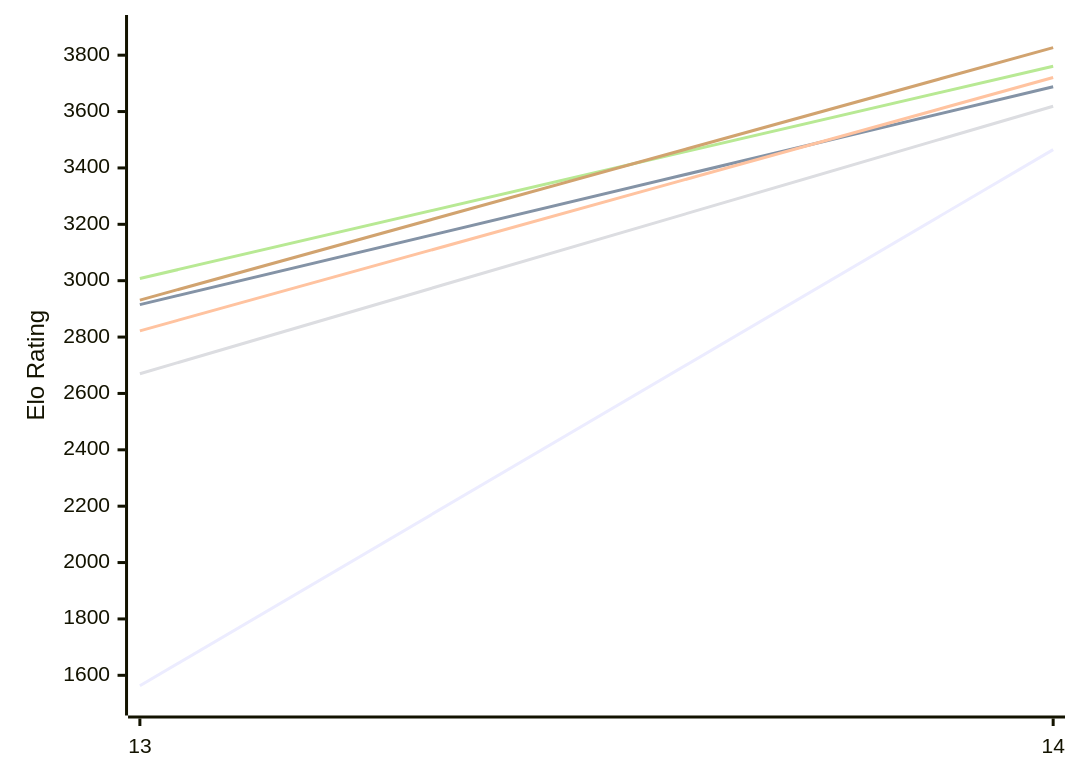
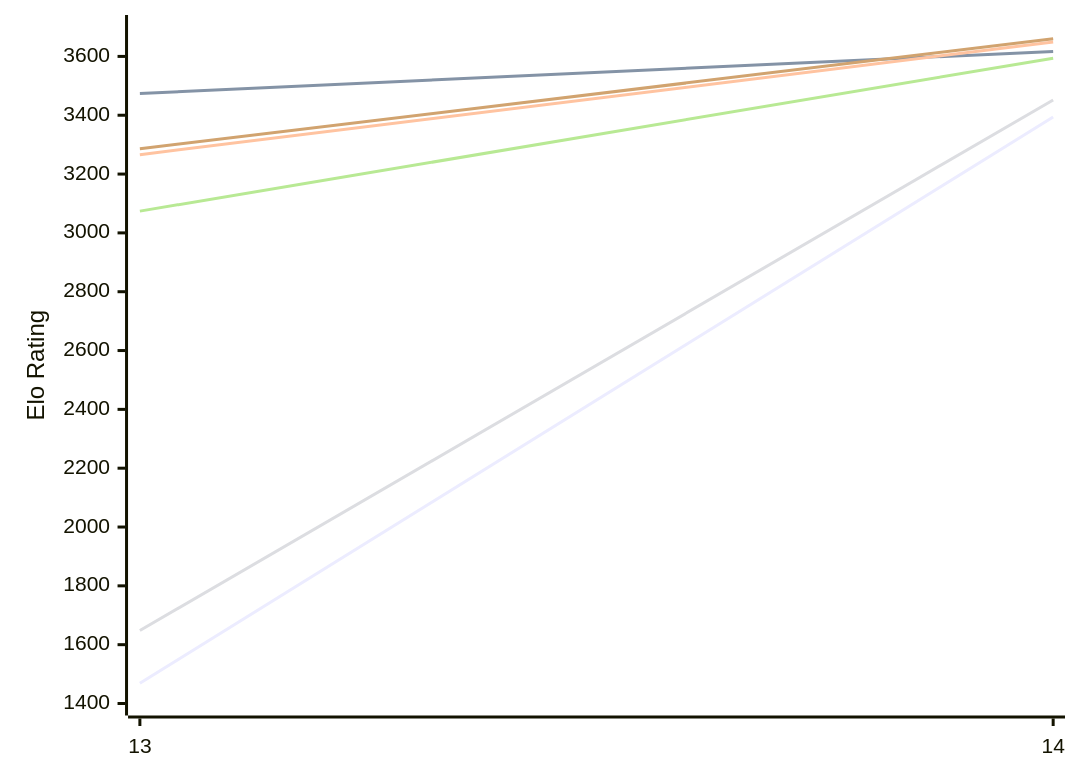
The first of 2 diagrams in engines/Berserk.md (computer-chess-index/cci), drawn with Mermaid before and after one commit. The commit also changed other lines of this file, not shown here.

Commit message:
Update CCI Ratings (ELO VLTC) - 2026-11-13

````diff
--- a/engines/Berserk.md
+++ b/engines/Berserk.md
@@ -50,12 +50,12 @@
 ```mermaid
 %%{init: {"theme":"base","themeVariables":{"seriesColors:['#a3a3a3','#222221','#faa371']}}}%%
 xychart-beta
   x-axis ["13", "14"]
-  y-axis "Elo Rating" 1500 --> 3900
-  line "E1: STC (8.0+0.08s)" [1563, 3465]
-  line "E1: LTC (60.0+0.60s)" [2915, 3688]
-  line "E1: VLTC (2m24s+1.12s)" [2822, 3721]
-  line "P1: STC (8.0+0.08s)" [2670, 3619]
-  line "P1: LTC (60.0+0.60s)" [3008, 3761]
-  line "P1: VLTC (2m24s+1.12s)" [2931, 3827]
+  y-axis "Elo Rating" 1400 --> 3700
+  line "E1: STC (8.0+0.08s)" [1469, 3394]
+  line "E1: LTC (60.0+0.60s)" [3474, 3617]
+  line "E1: VLTC (2m24s+1.12s)" [3266, 3649]
+  line "P1: STC (8.0+0.08s)" [1648, 3452]
+  line "P1: LTC (60.0+0.60s)" [3074, 3594]
+  line "P1: VLTC (2m24s+1.12s)" [3286, 3660]
 ```
````
